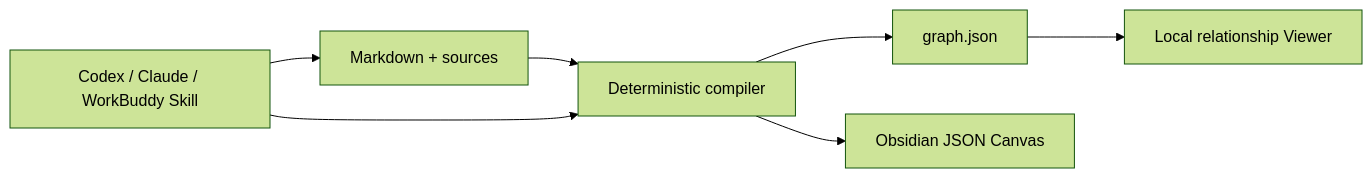
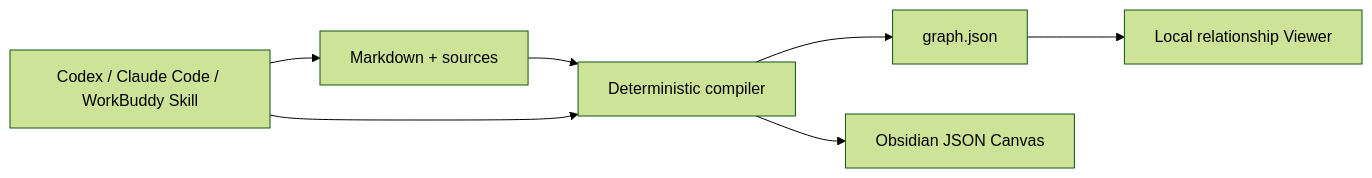
Before and after one commit to chicogong/llm-wiki-canvas: the diagram in README.md, drawn with Mermaid (forest theme). The commit also changed other lines of this file and 4 other files, not shown here.

````diff
--- a/README.md
+++ b/README.md
@@ -58,9 +113,9 @@
 ```mermaid
 flowchart LR
   M["Markdown + sources"] --> C["Deterministic compiler"]
   C --> G["graph.json"]
   C --> J["Obsidian JSON Canvas"]
   G --> V["Local relationship Viewer"]
-  S["Codex / Claude / WorkBuddy Skill"] --> M
+  S["Codex / Claude Code / WorkBuddy Skill"] --> M
   S --> C
 ```
````
